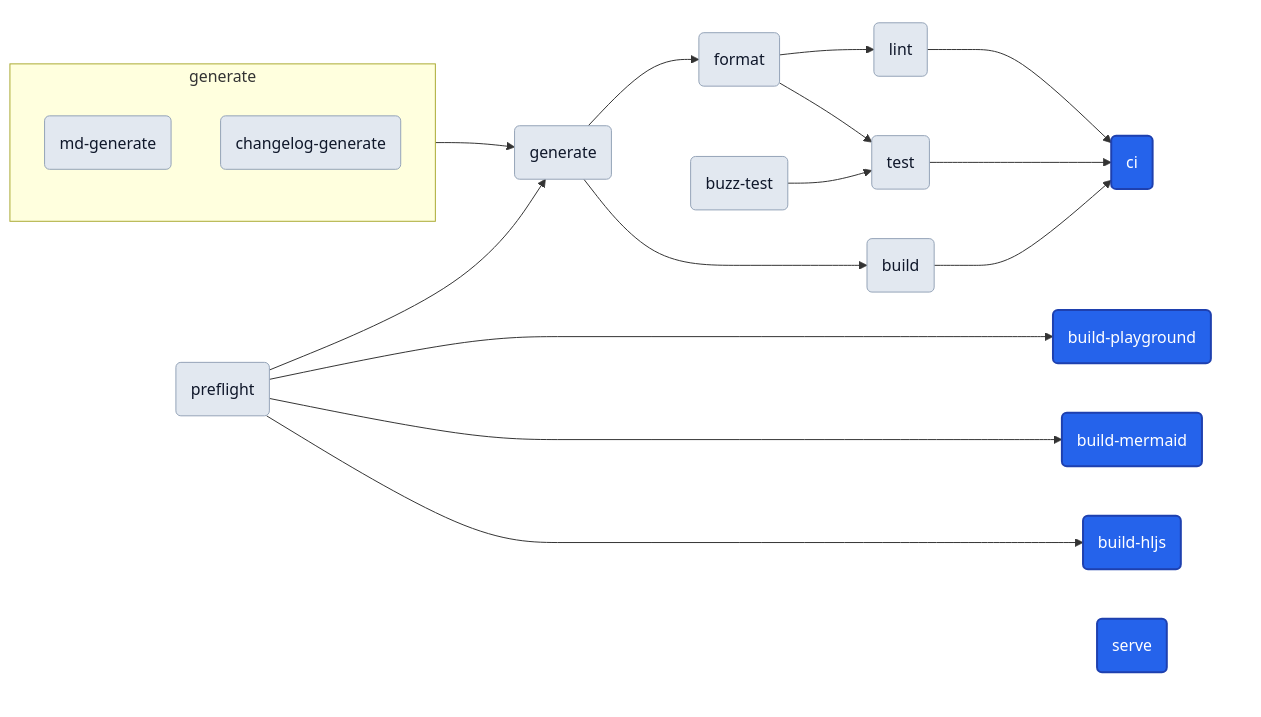
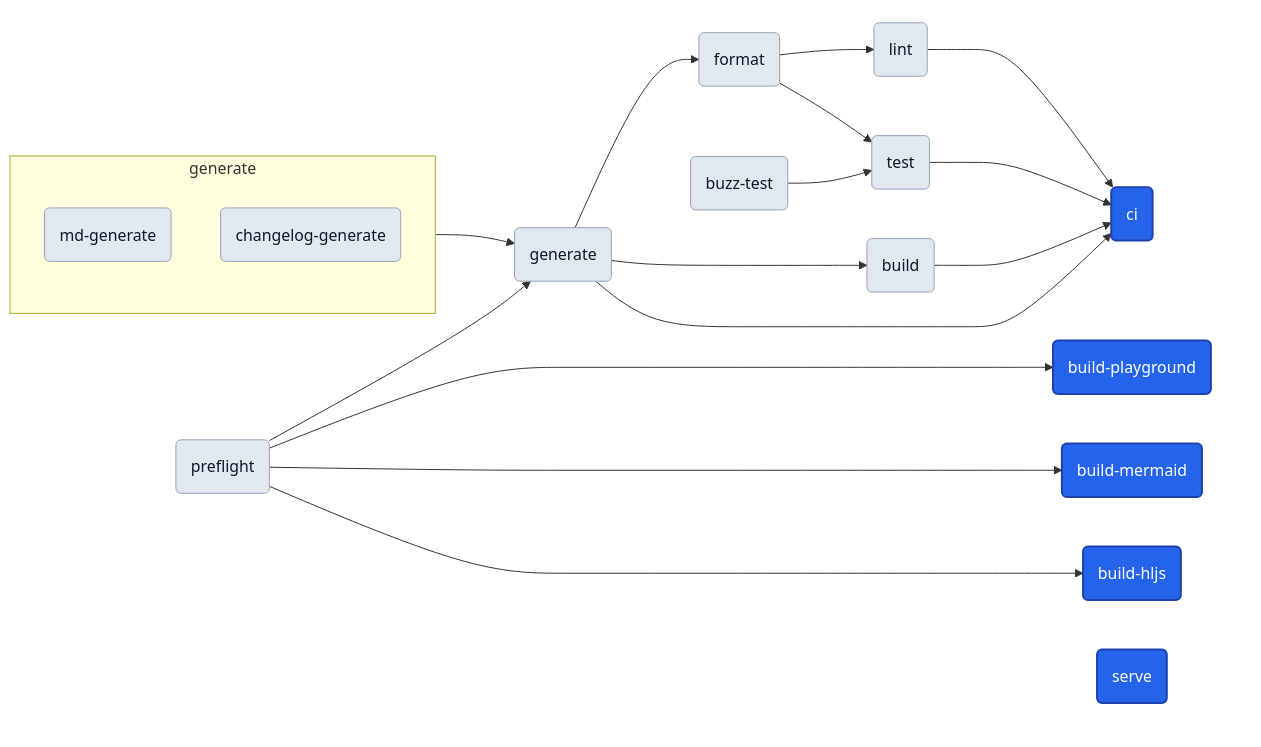
The second of 2 diagrams in website/MAGUS.md (egladman/magus), drawn with Mermaid before and after one commit. The commit also changed other lines of this file and 7 other files, not shown here.

````diff
--- a/website/MAGUS.md
+++ b/website/MAGUS.md
@@ -88,45 +88,46 @@
 ```mermaid
 ---
 config:
   flowchart:
     nodeSpacing: 50
     rankSpacing: 80
 ---
 graph LR
   subgraph stage_generate["generate"]
     md_generate("md-generate")
     changelog_generate("changelog-generate")
   end
   subgraph entry_cluster[" "]
     ci("ci")
     build_playground("build-playground")
     build_mermaid("build-mermaid")
     build_hljs("build-hljs")
     serve("serve")
   end
   preflight("preflight")
   generate("generate")
   format("format")
   lint("lint")
   build("build")
   buzz_test("buzz-test")
   test("test")
   preflight --> generate
   stage_generate --> generate
   generate --> format
   format --> lint
   generate --> build
   format --> test
   buzz_test --> test
+  generate --> ci
   lint --> ci
   build --> ci
   test --> ci
   preflight --> build_playground
   preflight --> build_mermaid
   preflight --> build_hljs
   classDef anchor fill:#2563eb,color:#ffffff,stroke:#1e40af,stroke-width:2px
   classDef target fill:#e2e8f0,color:#0f172a,stroke:#94a3b8
   class build_hljs,build_mermaid,build_playground,ci,serve anchor
   class build,buzz_test,changelog_generate,format,generate,lint,md_generate,preflight,test target
   style entry_cluster fill:transparent,stroke:transparent
 ```
````
